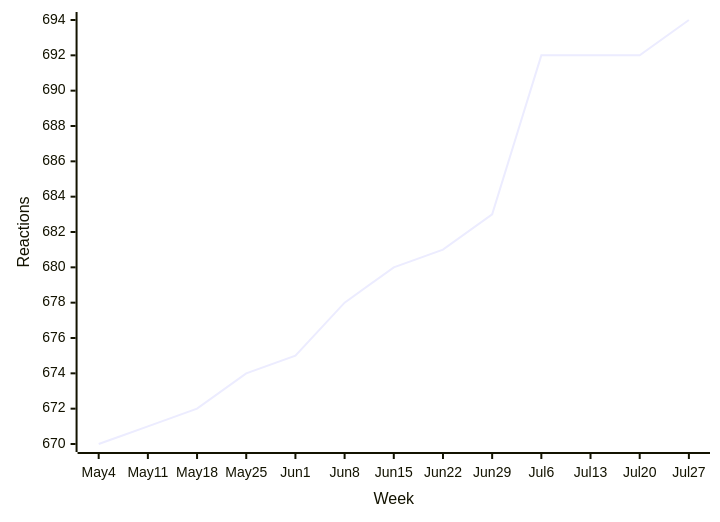
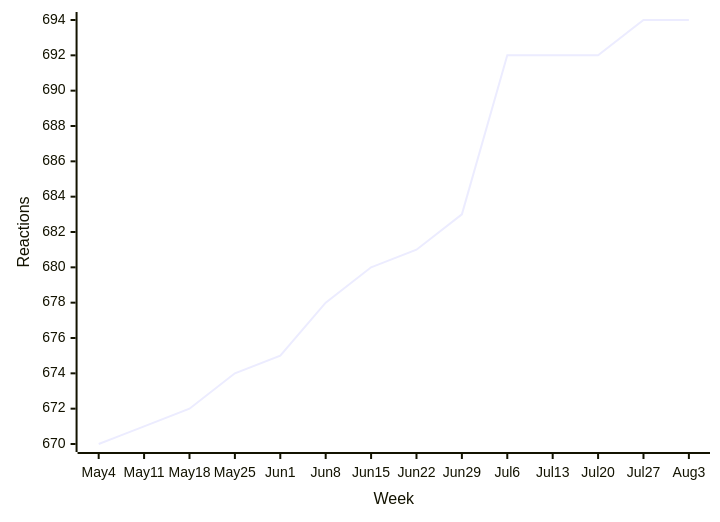
Before and after one commit to loic-sharma/github-insights: the fourth of 44 diagrams in README.md, drawn with Mermaid. The commit also changed other lines of this file and 3 other files, not shown here.

````diff
--- a/README.md
+++ b/README.md
@@ -390,6 +390,6 @@
   ```mermaid
   xychart-beta
-    x-axis "Week" [May 4, May 11, May 18, May 25, Jun 1, Jun 8, Jun 15, Jun 22, Jun 29, Jul 6, Jul 13, Jul 20, Jul 27]
+    x-axis "Week" [May 4, May 11, May 18, May 25, Jun 1, Jun 8, Jun 15, Jun 22, Jun 29, Jul 6, Jul 13, Jul 20, Jul 27, Aug 3]
     y-axis "Reactions"
-    line [670, 671, 672, 674, 675, 678, 680, 681, 683, 692, 692, 692, 694]
+    line [670, 671, 672, 674, 675, 678, 680, 681, 683, 692, 692, 692, 694, 694]
   ```
````
